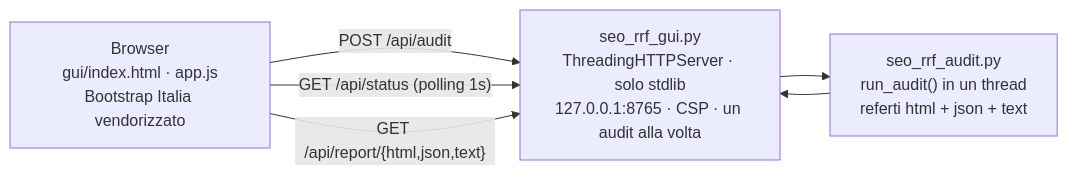
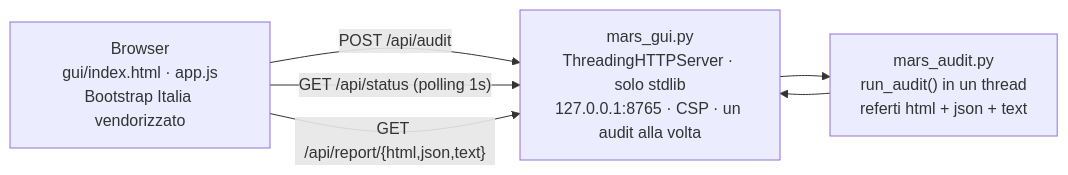
One commit to saulusprime/MARS-Beacon changed the second of 2 diagrams in README.md. Above: the diagram before and after it, drawn with Mermaid. The commit also changed other lines of this file and 38 other files, not shown here.

First line of the commit message:
File rinominati mars_* (v1.45.0, GUI 2.21.0, citations 1.2.0)

````diff
--- a/README.md
+++ b/README.md
@@ -475,10 +475,10 @@
 ```mermaid
 flowchart LR
     B["Browser<br/>gui/index.html · app.js<br/>Bootstrap Italia vendorizzato"]
-    S["seo_rrf_gui.py<br/>ThreadingHTTPServer · solo stdlib<br/>127.0.0.1:8765 · CSP · un audit alla volta"]
-    A["seo_rrf_audit.py<br/>run_audit() in un thread<br/>referti html + json + text"]
+    S["mars_gui.py<br/>ThreadingHTTPServer · solo stdlib<br/>127.0.0.1:8765 · CSP · un audit alla volta"]
+    A["mars_audit.py<br/>run_audit() in un thread<br/>referti html + json + text"]
     B -->|"POST /api/audit"| S
     B -->|"GET /api/status (polling 1s)"| S
     B -->|"GET /api/report/{html,json,text}"| S
     S --> A --> S
 ```
````
